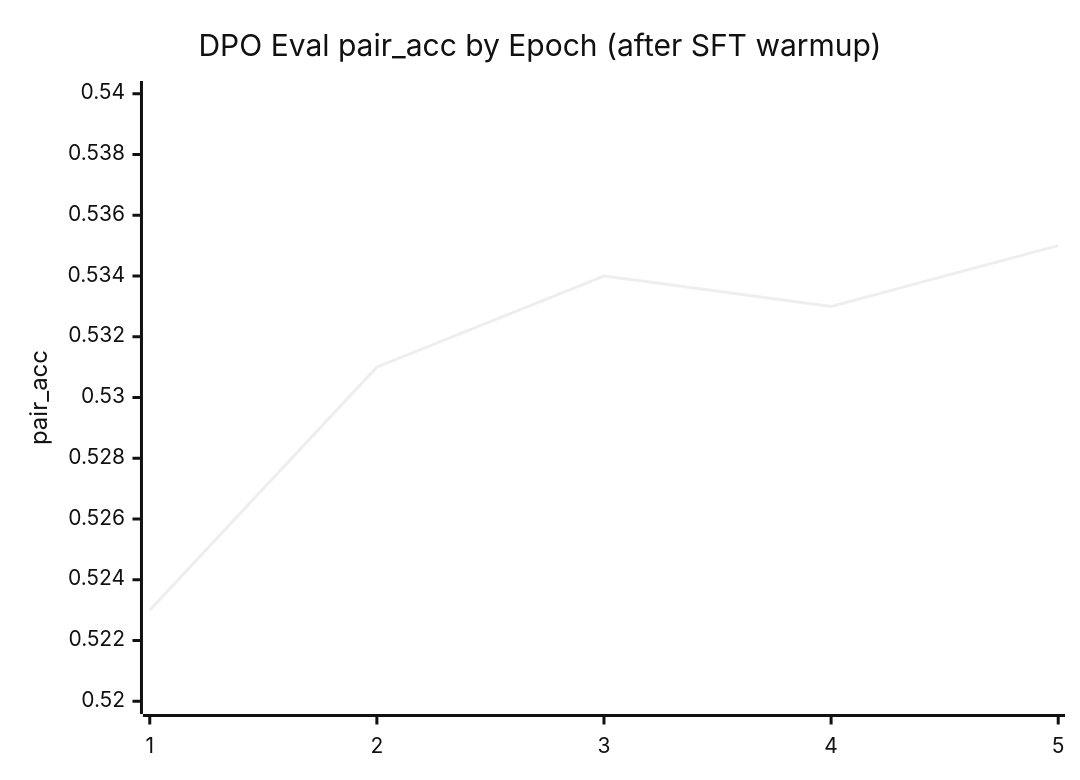
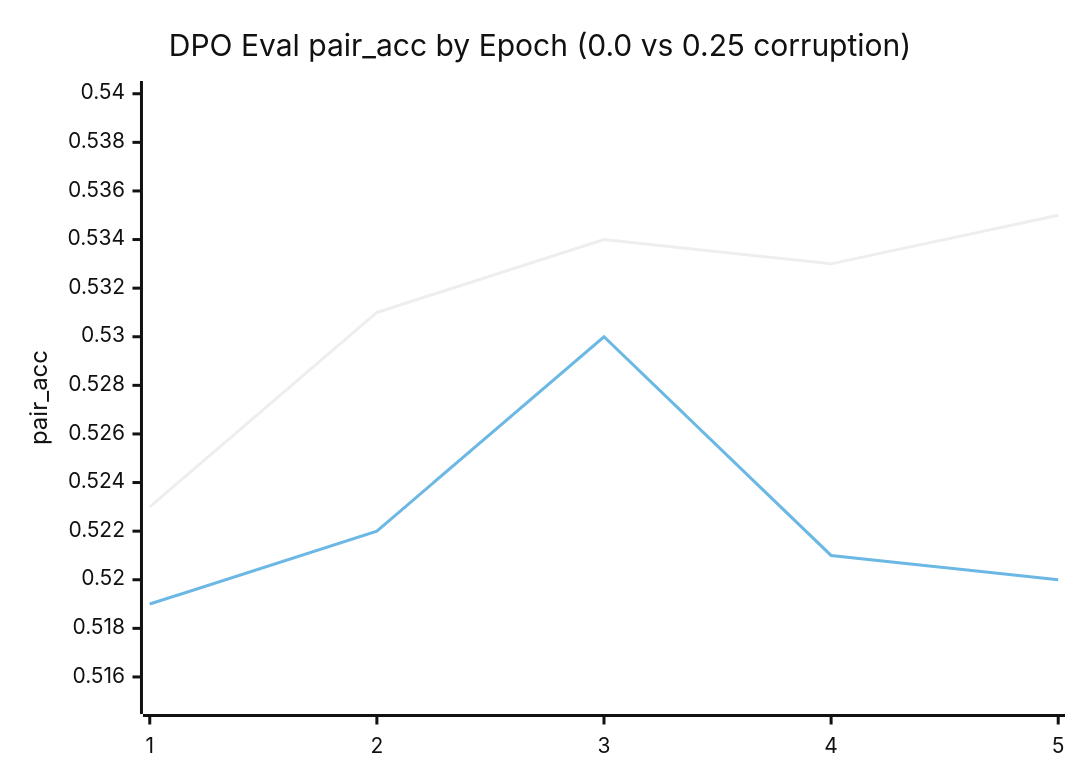
Before and after one commit to ethanlou36/implicit_finetuning: the second of 2 diagrams in README.md, drawn with Mermaid (neutral theme). The commit also changed other lines of this file, not shown here.

Commit message:
corruption=0.25

````diff
--- a/README.md
+++ b/README.md
@@ -131,7 +132,8 @@
 ```mermaid
 xychart-beta
-    title "DPO Eval pair_acc by Epoch (after SFT warmup)"
+    title "DPO Eval pair_acc by Epoch (0.0 vs 0.25 corruption)"
     x-axis [1, 2, 3, 4, 5]
-    y-axis "pair_acc" 0.52 --> 0.54
+    y-axis "pair_acc" 0.515 --> 0.54
     line [0.523, 0.531, 0.534, 0.533, 0.535]
+    line [0.519, 0.522, 0.530, 0.521, 0.520]
 ```
````
